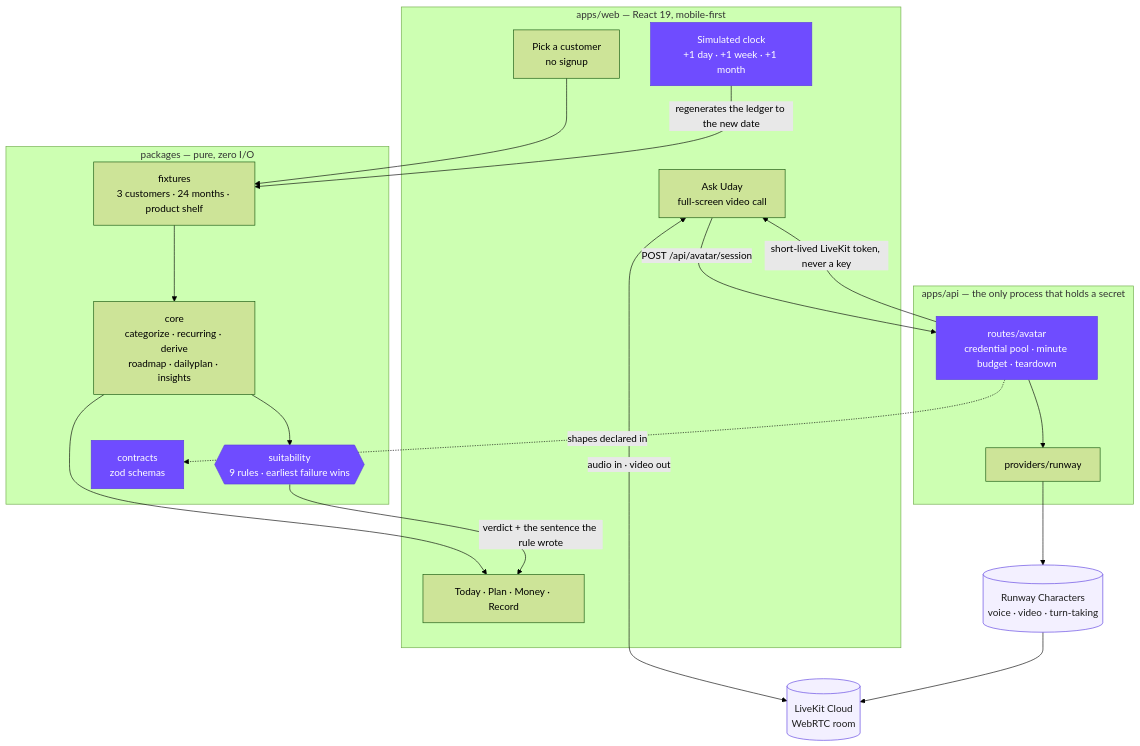
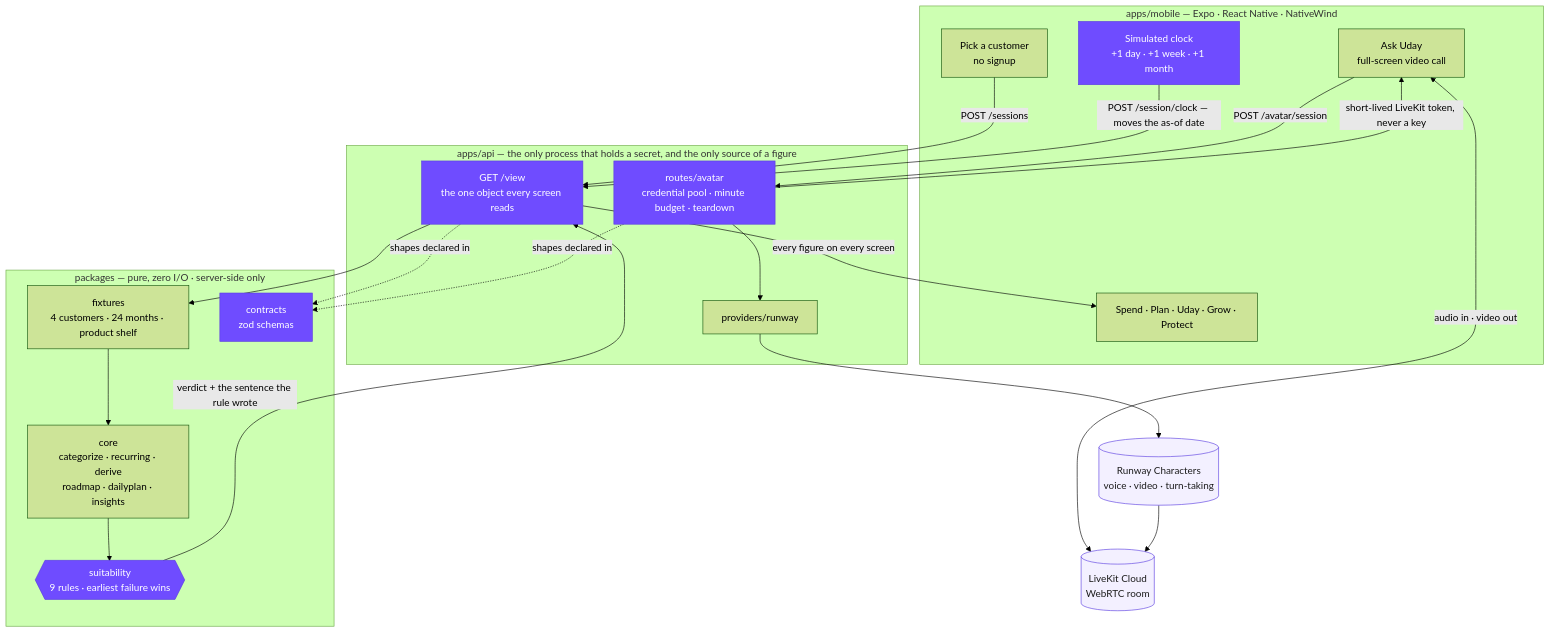
The first of 4 diagrams in README.md (dhan-sarthi/dhan-sarthi), drawn with Mermaid (forest theme) before and after one commit. The commit also changed other lines of this file and 45 other files, not shown here.

````diff
--- a/README.md
+++ b/README.md
@@ -38,41 +41,46 @@
 ```mermaid
 flowchart TB
-    subgraph web["apps/web — React 19, mobile-first"]
+    subgraph web["apps/mobile — Expo · React Native · NativeWind"]
       PICK["Pick a customer<br/>no signup"]
-      TABS["Today · Plan · Money · Record"]
+      TABS["Spend · Plan · Uday · Grow · Protect"]
       ASK["Ask Uday<br/>full-screen video call"]
       CLOCK["Simulated clock<br/>+1 day · +1 week · +1 month"]
     end
 
-    subgraph packages["packages — pure, zero I/O"]
-      FIX["fixtures<br/>3 customers · 24 months · product shelf"]
+    subgraph api["apps/api — the only process that holds a secret, and the only source of a figure"]
+      VIEW["GET /view<br/>the one object every screen reads"]
+      ROUTE["routes/avatar<br/>credential pool · minute budget · teardown"]
+      RW["providers/runway"]
+    end
+
+    subgraph packages["packages — pure, zero I/O · server-side only"]
+      FIX["fixtures<br/>4 customers · 24 months · product shelf"]
       CORE["core<br/>categorize · recurring · derive<br/>roadmap · dailyplan · insights"]
       GATE{{"suitability<br/>9 rules · earliest failure wins"}}
       CON["contracts<br/>zod schemas"]
     end
 
-    subgraph api["apps/api — the only process that holds a secret"]
-      ROUTE["routes/avatar<br/>credential pool · minute budget · teardown"]
-      RW["providers/runway"]
-    end
-
     RUNWAY[("Runway Characters<br/>voice · video · turn-taking")]
     LK[("LiveKit Cloud<br/>WebRTC room")]
 
-    PICK --> FIX --> CORE --> TABS
-    CLOCK -->|regenerates the ledger to the new date| FIX
+    PICK -->|POST /sessions| VIEW
+    CLOCK -->|POST /session/clock — moves the as-of date| VIEW
+    VIEW --> FIX --> CORE
     CORE --> GATE
-    GATE -->|verdict + the sentence the rule wrote| TABS
-    ASK -->|POST /api/avatar/session| ROUTE --> RW --> RUNWAY
+    GATE -->|verdict + the sentence the rule wrote| VIEW
+    VIEW -->|every figure on every screen| TABS
+    ASK -->|POST /avatar/session| ROUTE --> RW --> RUNWAY
     ROUTE -->|short-lived LiveKit token, never a key| ASK
     ASK <-->|audio in · video out| LK
     RUNWAY --> LK
+    VIEW -.->|shapes declared in| CON
     ROUTE -.->|shapes declared in| CON
 
     style GATE fill:#6f4cff,color:#fff,stroke:#5a3de0
     style CON fill:#6f4cff,color:#fff,stroke:#5a3de0
     style ROUTE fill:#6f4cff,color:#fff,stroke:#5a3de0
+    style VIEW fill:#6f4cff,color:#fff,stroke:#5a3de0
     style CLOCK fill:#6f4cff,color:#fff,stroke:#5a3de0
     style RUNWAY fill:#f3f0ff,stroke:#5a3de0,color:#1d1d1d
     style LK fill:#f3f0ff,stroke:#5a3de0,color:#1d1d1d
 ```
````
